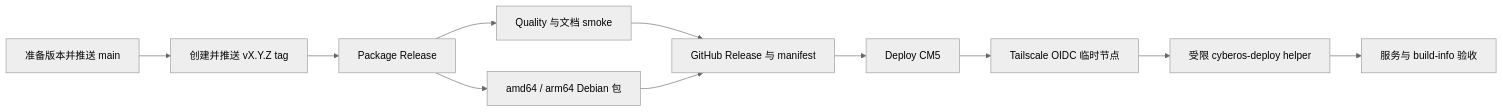
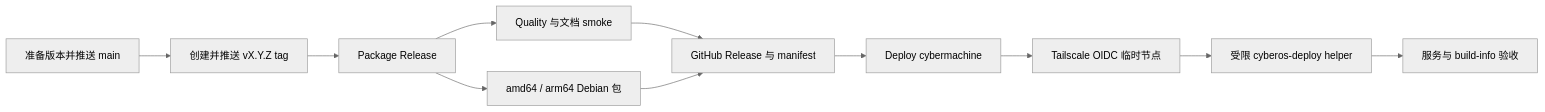
Before and after one commit to zhubby/CyberOS: the diagram in docs/src/content/docs/operations/github-actions-release.md, drawn with Mermaid (neutral theme). The commit also changed other lines of this file and 26 other files, not shown here.

First line of the commit message:
refactor(deploy): standardize cybermachine device naming

````diff
--- a/docs/src/content/docs/operations/github-actions-release.md
+++ b/docs/src/content/docs/operations/github-actions-release.md
@@ -14,13 +14,13 @@
 ```mermaid
 flowchart LR
   A[准备版本并推送 main] --> B[创建并推送 vX.Y.Z tag]
   B --> C[Package Release]
   C --> D[Quality 与文档 smoke]
   C --> E[amd64 / arm64 Debian 包]
   D --> F[GitHub Release 与 manifest]
   E --> F
-  F --> G[Deploy CM5]
+  F --> G[Deploy cybermachine]
   G --> H[Tailscale OIDC 临时节点]
   H --> I[受限 cyberos-deploy helper]
   I --> J[服务与 build-info 验收]
 ```
````
